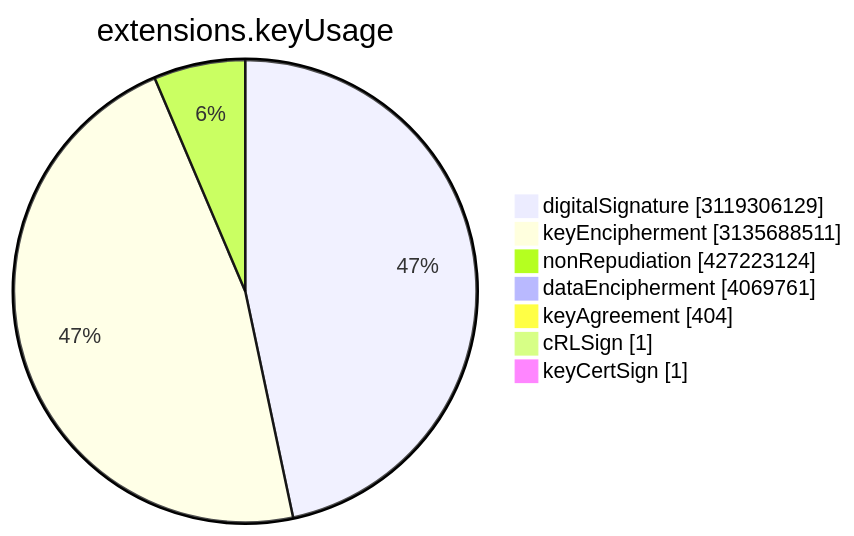
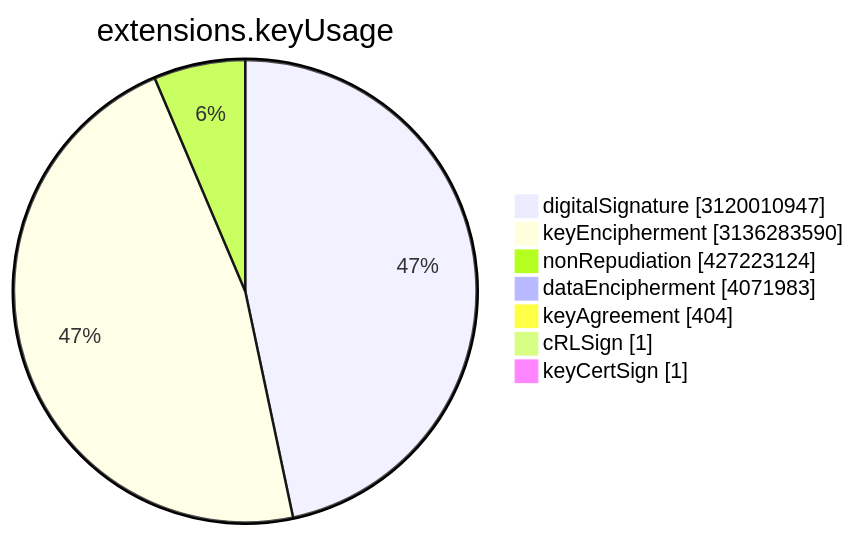
The sixth of 15 diagrams in TOTAL/README.md (christiankrug/ctmonitor_visualization), drawn with Mermaid before and after one commit. The commit also changed other lines of this file, not shown here.

````diff
--- a/TOTAL/README.md
+++ b/TOTAL/README.md
@@ -3077,11 +3077,11 @@
 ```mermaid
 pie showData
 title extensions.keyUsage
-"digitalSignature" :3119306129
-"keyEncipherment" :3135688511
+"digitalSignature" :3120010947
+"keyEncipherment" :3136283590
 "nonRepudiation" :427223124
-"dataEncipherment" :4069761
+"dataEncipherment" :4071983
 "keyAgreement" :404
 "cRLSign" :1
 "keyCertSign" :1
 ```
````
